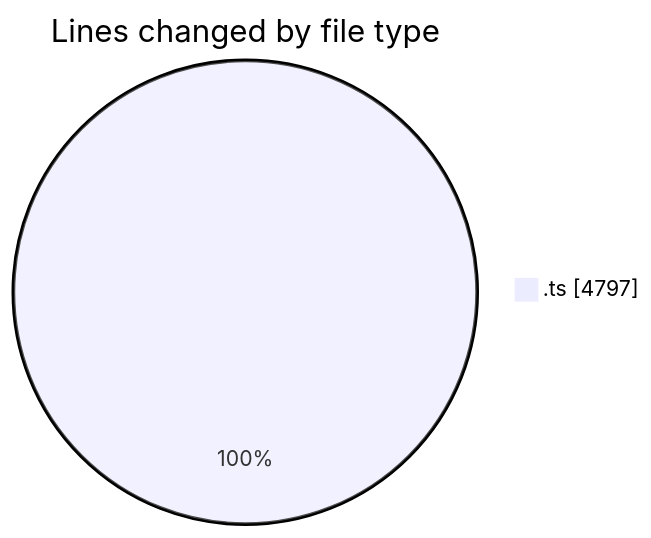
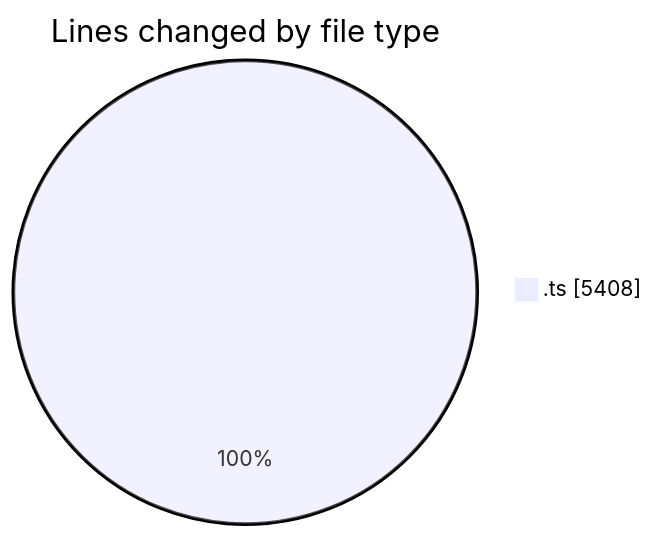
Before and after one commit to momahboobian/code-tracking: the first of 2 diagrams in 2025-06-24/cda/README.md, drawn with Mermaid. The commit also changed other lines of this file and 1 other file, not shown here.

````diff
--- a/2025-06-24/cda/README.md
+++ b/2025-06-24/cda/README.md
@@ -24,5 +24,5 @@
 ```mermaid
 pie showData
 title Lines changed by file type
-".ts" : 4797
+".ts" : 5408
 ```
````
